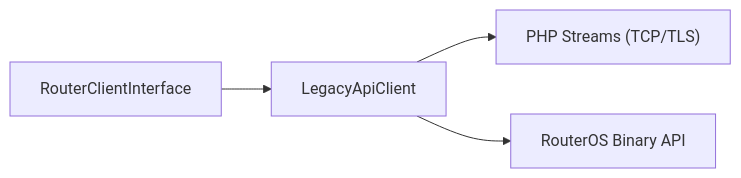
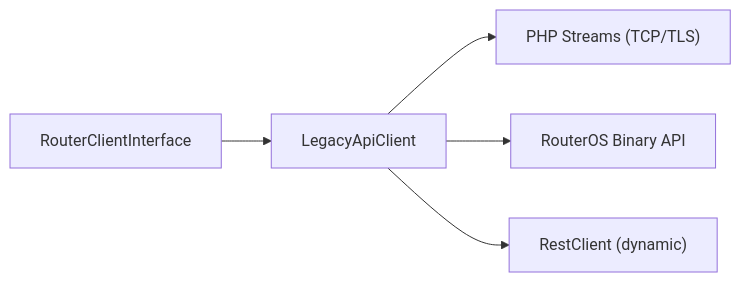
Before and after one commit to Djnirds1984/MT-CONTROLLER-PISOWIFI: the ninth of 9 diagrams in .qoder/repowiki/en/content/RouterOS Integration/Legacy API Client.md, drawn with Mermaid. The commit also changed other lines of this file and 39 other files, not shown here.

````diff
--- a/.qoder/repowiki/en/content/RouterOS Integration/Legacy API Client.md
+++ b/.qoder/repowiki/en/content/RouterOS Integration/Legacy API Client.md
@@ -367,6 +414,7 @@
 ```mermaid
 graph LR
 IF["RouterClientInterface"] --> LC["LegacyApiClient"]
 LC --> Sockets["PHP Streams (TCP/TLS)"]
 LC --> RouterOS["RouterOS Binary API"]
+LC --> RC["RestClient (dynamic)"]
 ```
````
